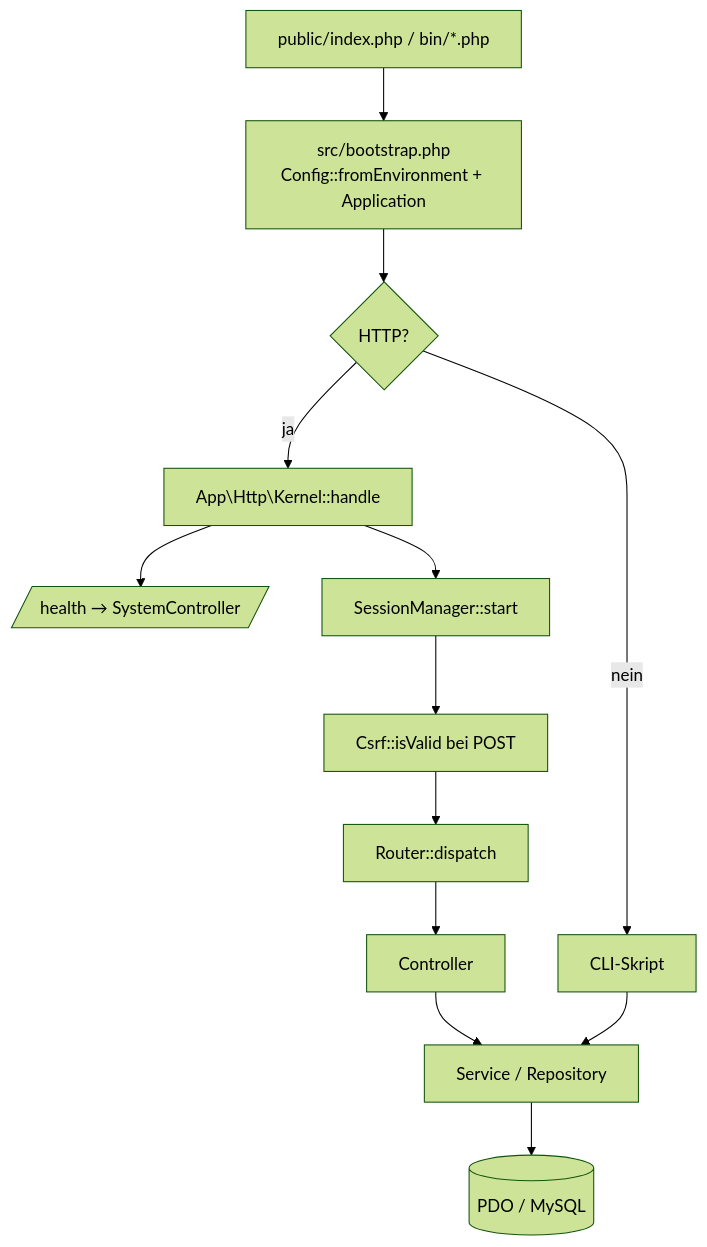
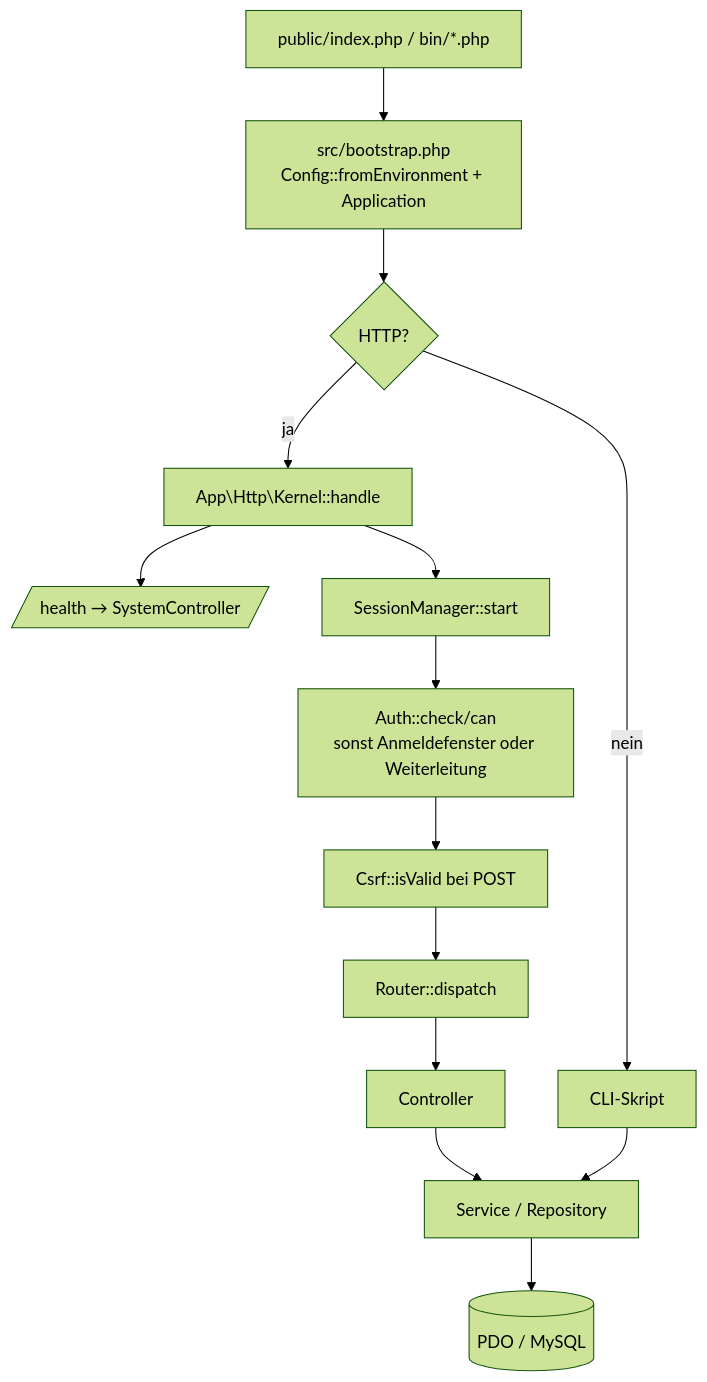
The first of 2 diagrams in agentsindex.md (dareinelt/HSM2Med), drawn with Mermaid (forest theme) before and after one commit. The commit also changed other lines of this file and 115 other files, not shown here.

````diff
--- a/agentsindex.md
+++ b/agentsindex.md
@@ -163,15 +175,16 @@
 ```mermaid
 flowchart TD
     A[public/index.php / bin/*.php] --> B[src/bootstrap.php<br/>Config::fromEnvironment + Application]
     B --> C{HTTP?}
     C -->|ja| D[App\Http\Kernel::handle]
     C -->|nein| E[CLI-Skript]
     D --> F[/health → SystemController/]
     D --> G[SessionManager::start]
-    G --> H[Csrf::isValid bei POST]
+    G --> H0[Auth::check/can<br/>sonst Anmeldefenster oder Weiterleitung]
+    H0 --> H[Csrf::isValid bei POST]
     H --> I[Router::dispatch]
     I --> J[Controller]
     J --> K[Service / Repository]
     K --> L[(PDO / MySQL)]
     E --> K
 ```
````
